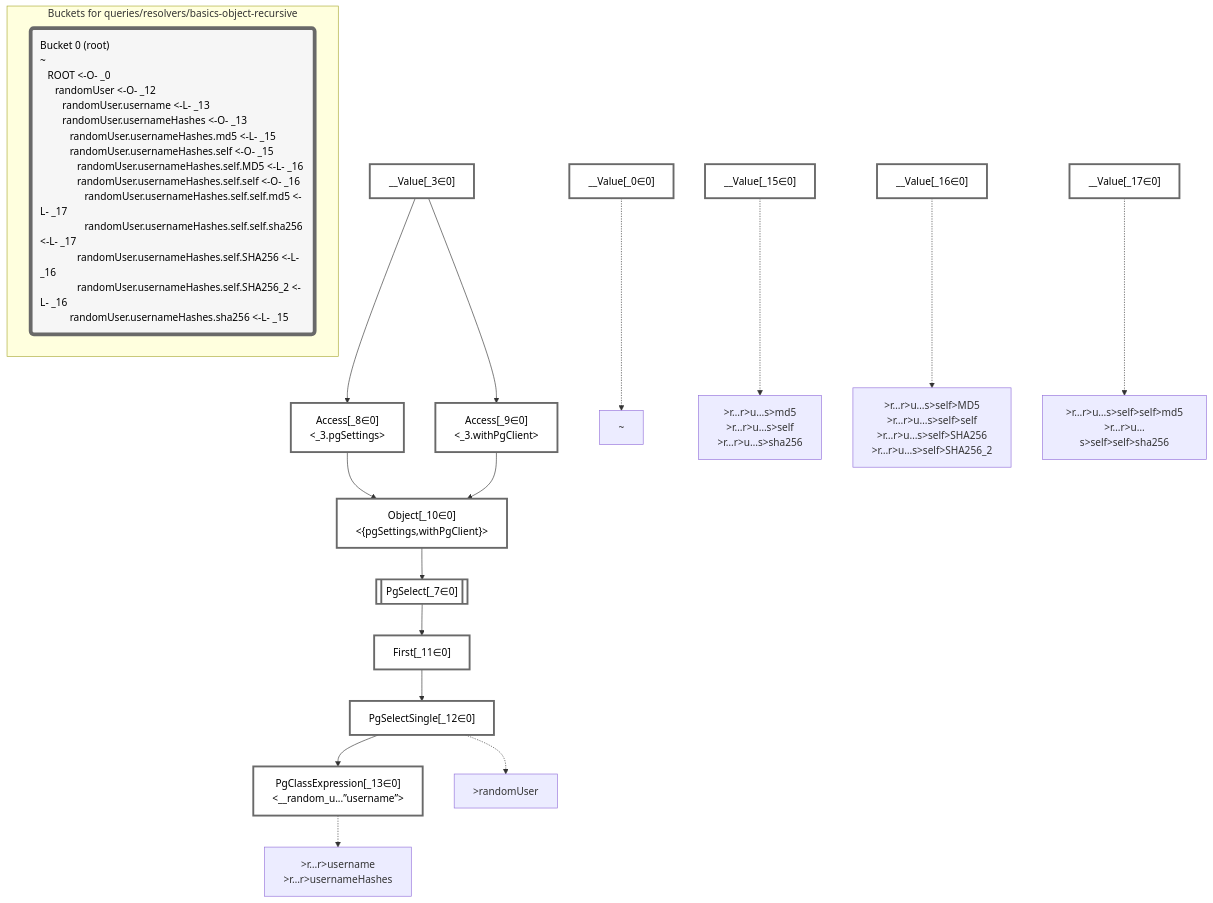
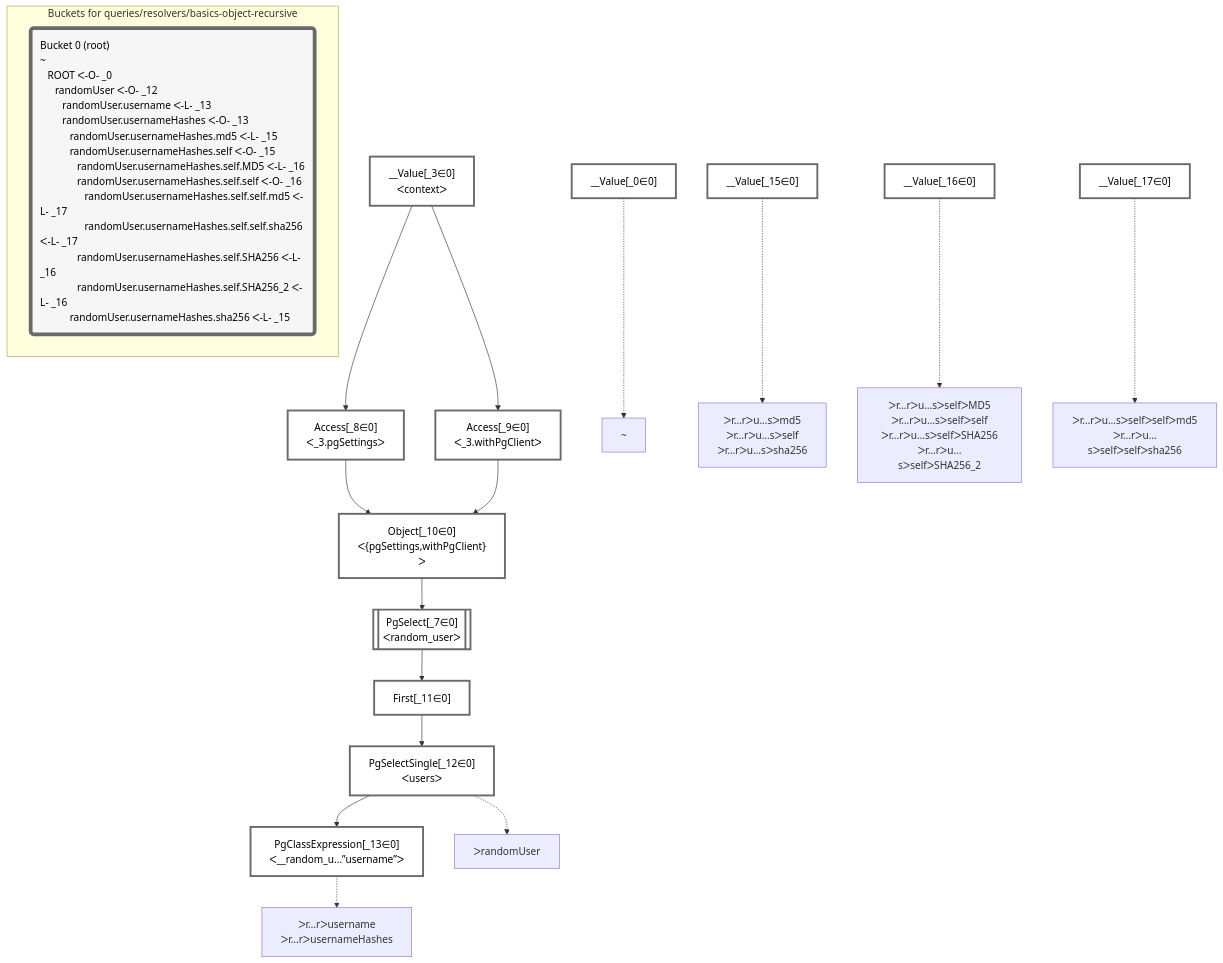
One commit to graphile/crystal changed the diagram in packages/dataplan-pg/__tests__/queries/resolvers/basics-object-recursive.deopt.mermaid.md. Above: the diagram before and after it, drawn with Mermaid. The commit also changed 195 other files, not shown here.

````diff
--- a/packages/dataplan-pg/__tests__/queries/resolvers/basics-object-recursive.deopt.mermaid.md
+++ b/packages/dataplan-pg/__tests__/queries/resolvers/basics-object-recursive.deopt.mermaid.md
@@ -1,56 +1,56 @@
 ```mermaid
 graph TD
     classDef path fill:#eee,stroke:#000,color:#000
     classDef plan fill:#fff,stroke-width:3px,color:#000
     classDef itemplan fill:#fff,stroke-width:6px,color:#000
     classDef sideeffectplan fill:#f00,stroke-width:6px,color:#000
     classDef bucket fill:#f6f6f6,color:#000,stroke-width:6px,text-align:left
 
 
     %% define plans
     __Value_0["__Value[_0∈0]"]:::plan
-    __Value_3["__Value[_3∈0]<br /><context>"]:::plan
-    PgSelect_7[["PgSelect[_7∈0]<br /><random_user>"]]:::plan
-    Access_8["Access[_8∈0]<br /><_3.pgSettings>"]:::plan
-    Access_9["Access[_9∈0]<br /><_3.withPgClient>"]:::plan
-    Object_10["Object[_10∈0]<br /><{pgSettings,withPgClient}>"]:::plan
+    __Value_3["__Value[_3∈0]<br />ᐸcontextᐳ"]:::plan
+    PgSelect_7[["PgSelect[_7∈0]<br />ᐸrandom_userᐳ"]]:::plan
+    Access_8["Access[_8∈0]<br />ᐸ_3.pgSettingsᐳ"]:::plan
+    Access_9["Access[_9∈0]<br />ᐸ_3.withPgClientᐳ"]:::plan
+    Object_10["Object[_10∈0]<br />ᐸ{pgSettings,withPgClient}ᐳ"]:::plan
     First_11["First[_11∈0]"]:::plan
-    PgSelectSingle_12["PgSelectSingle[_12∈0]<br /><users>"]:::plan
-    PgClassExpression_13["PgClassExpression[_13∈0]<br /><__random_u...”username”>"]:::plan
+    PgSelectSingle_12["PgSelectSingle[_12∈0]<br />ᐸusersᐳ"]:::plan
+    PgClassExpression_13["PgClassExpression[_13∈0]<br />ᐸ__random_u...”username”ᐳ"]:::plan
     __Value_15["__Value[_15∈0]"]:::plan
     __Value_16["__Value[_16∈0]"]:::plan
     __Value_17["__Value[_17∈0]"]:::plan
 
     %% plan dependencies
     Object_10 --> PgSelect_7
     __Value_3 --> Access_8
     __Value_3 --> Access_9
     Access_8 --> Object_10
     Access_9 --> Object_10
     PgSelect_7 --> First_11
     First_11 --> PgSelectSingle_12
     PgSelectSingle_12 --> PgClassExpression_13
 
     %% plan-to-path relationships
     P_0["~"]
     __Value_0 -.-> P_0
-    P_12[">randomUser"]
+    P_12["ᐳrandomUser"]
     PgSelectSingle_12 -.-> P_12
-    P_13[">r…r>username<br />>r…r>usernameHashes"]
+    P_13["ᐳr…rᐳusername<br />ᐳr…rᐳusernameHashes"]
     PgClassExpression_13 -.-> P_13
-    P_15[">r…r>u…s>md5<br />>r…r>u…s>self<br />>r…r>u…s>sha256"]
+    P_15["ᐳr…rᐳu…sᐳmd5<br />ᐳr…rᐳu…sᐳself<br />ᐳr…rᐳu…sᐳsha256"]
     __Value_15 -.-> P_15
-    P_16[">r…r>u…s>self>MD5<br />>r…r>u…s>self>self<br />>r…r>u…s>self>SHA256<br />>r…r>u…s>self>SHA256_2"]
+    P_16["ᐳr…rᐳu…sᐳselfᐳMD5<br />ᐳr…rᐳu…sᐳselfᐳself<br />ᐳr…rᐳu…sᐳselfᐳSHA256<br />ᐳr…rᐳu…sᐳselfᐳSHA256_2"]
     __Value_16 -.-> P_16
-    P_17[">r…r>u…s>self>self>md5<br />>r…r>u…s>self>self>sha256"]
+    P_17["ᐳr…rᐳu…sᐳselfᐳselfᐳmd5<br />ᐳr…rᐳu…sᐳselfᐳselfᐳsha256"]
     __Value_17 -.-> P_17
 
     %% allocate buckets
     classDef bucket0 stroke:#696969
     class __Value_0,__Value_3,PgSelect_7,Access_8,Access_9,Object_10,First_11,PgSelectSingle_12,PgClassExpression_13,__Value_15,__Value_16,__Value_17 bucket0
 
     subgraph "Buckets for queries/resolvers/basics-object-recursive"
-    Bucket0("Bucket 0 (root)<br />~<br />⠀ROOT <-O- _0<br />⠀⠀randomUser <-O- _12<br />⠀⠀⠀randomUser.username <-L- _13<br />⠀⠀⠀randomUser.usernameHashes <-O- _13<br />⠀⠀⠀⠀randomUser.usernameHashes.md5 <-L- _15<br />⠀⠀⠀⠀randomUser.usernameHashes.self <-O- _15<br />⠀⠀⠀⠀⠀randomUser.usernameHashes.self.MD5 <-L- _16<br />⠀⠀⠀⠀⠀randomUser.usernameHashes.self.self <-O- _16<br />⠀⠀⠀⠀⠀⠀randomUser.usernameHashes.self.self.md5 <-L- _17<br />⠀⠀⠀⠀⠀⠀randomUser.usernameHashes.self.self.sha256 <-L- _17<br />⠀⠀⠀⠀⠀randomUser.usernameHashes.self.SHA256 <-L- _16<br />⠀⠀⠀⠀⠀randomUser.usernameHashes.self.SHA256_2 <-L- _16<br />⠀⠀⠀⠀randomUser.usernameHashes.sha256 <-L- _15"):::bucket
+    Bucket0("Bucket 0 (root)<br />~<br />⠀ROOT ᐸ-O- _0<br />⠀⠀randomUser ᐸ-O- _12<br />⠀⠀⠀randomUser.username ᐸ-L- _13<br />⠀⠀⠀randomUser.usernameHashes ᐸ-O- _13<br />⠀⠀⠀⠀randomUser.usernameHashes.md5 ᐸ-L- _15<br />⠀⠀⠀⠀randomUser.usernameHashes.self ᐸ-O- _15<br />⠀⠀⠀⠀⠀randomUser.usernameHashes.self.MD5 ᐸ-L- _16<br />⠀⠀⠀⠀⠀randomUser.usernameHashes.self.self ᐸ-O- _16<br />⠀⠀⠀⠀⠀⠀randomUser.usernameHashes.self.self.md5 ᐸ-L- _17<br />⠀⠀⠀⠀⠀⠀randomUser.usernameHashes.self.self.sha256 ᐸ-L- _17<br />⠀⠀⠀⠀⠀randomUser.usernameHashes.self.SHA256 ᐸ-L- _16<br />⠀⠀⠀⠀⠀randomUser.usernameHashes.self.SHA256_2 ᐸ-L- _16<br />⠀⠀⠀⠀randomUser.usernameHashes.sha256 ᐸ-L- _15"):::bucket
     style Bucket0 stroke:#696969
     end
 ```
````
